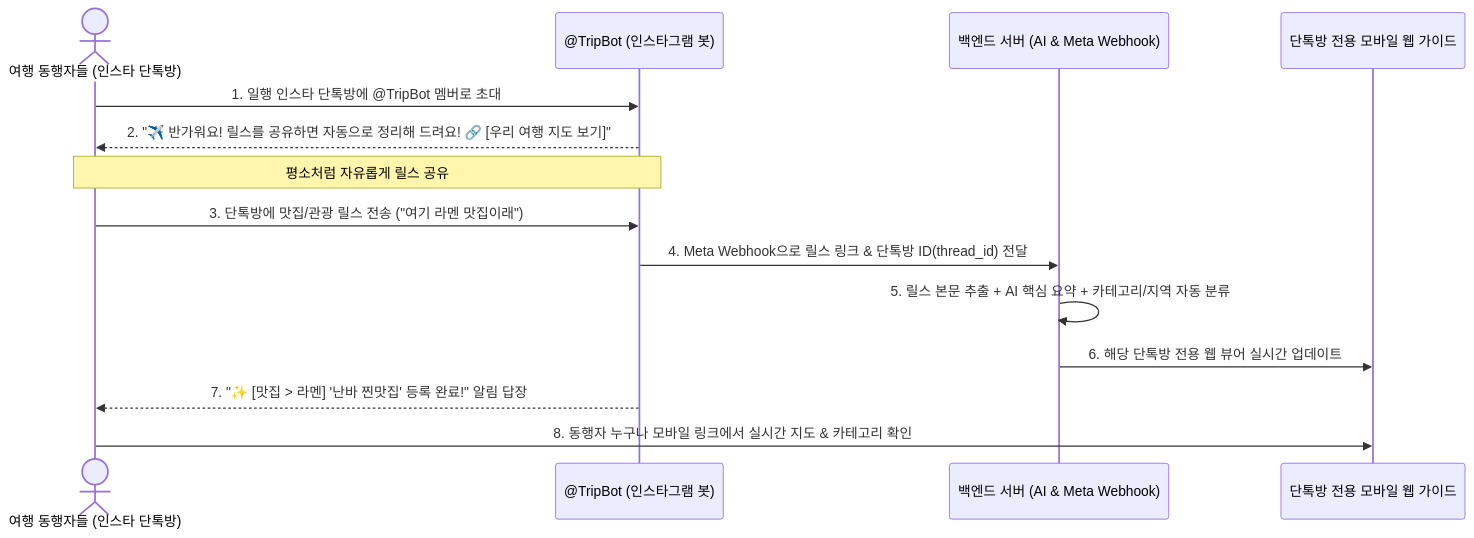
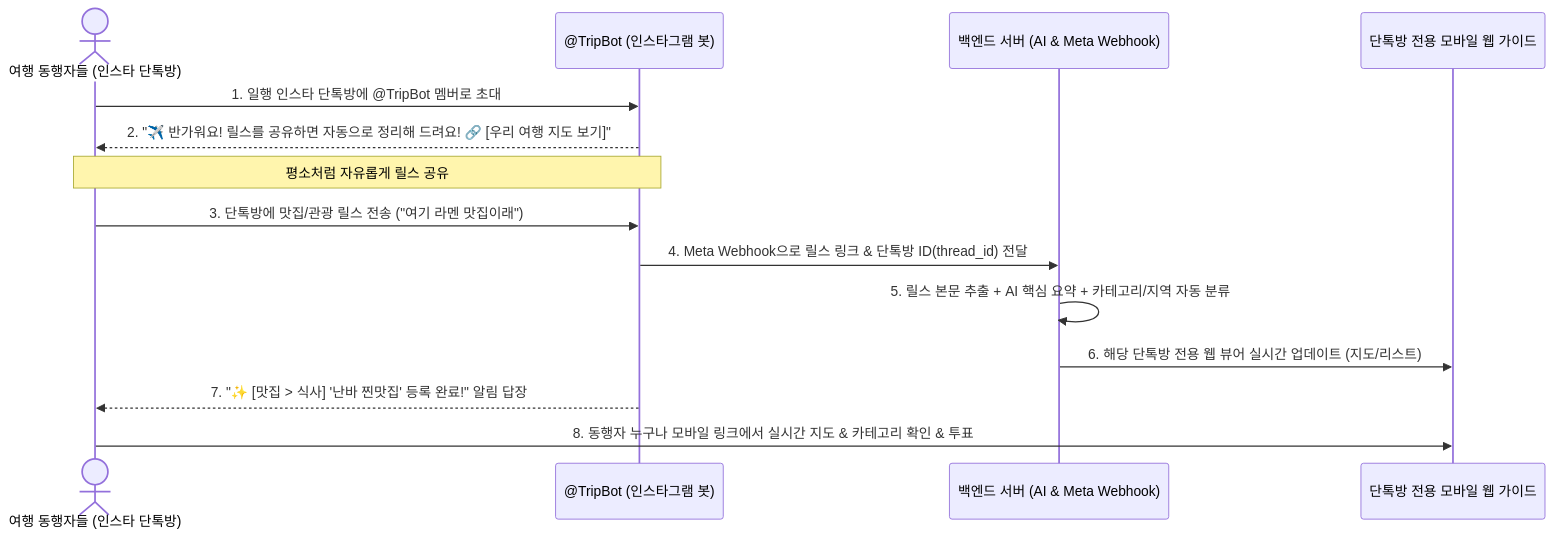
The diagram in SERVICE_PLAN.md (songhan55/osaka-reels-curator), drawn with Mermaid before and after one commit. The commit also changed other lines of this file and 4 other files, not shown here.

````diff
--- a/SERVICE_PLAN.md
+++ b/SERVICE_PLAN.md
@@ -24,17 +24,17 @@
 ```mermaid
 sequenceDiagram
     actor Group as 여행 동행자들 (인스타 단톡방)
     participant Bot as @TripBot (인스타그램 봇)
     participant Server as 백엔드 서버 (AI & Meta Webhook)
     participant Web as 단톡방 전용 모바일 웹 가이드
 
     Group->>Bot: 1. 일행 인스타 단톡방에 @TripBot 멤버로 초대
     Bot-->>Group: 2. "✈️ 반가워요! 릴스를 공유하면 자동으로 정리해 드려요! 🔗 [우리 여행 지도 보기]"
     Note over Group,Bot: 평소처럼 자유롭게 릴스 공유
     Group->>Bot: 3. 단톡방에 맛집/관광 릴스 전송 ("여기 라멘 맛집이래")
     Bot->>Server: 4. Meta Webhook으로 릴스 링크 & 단톡방 ID(thread_id) 전달
     Server->>Server: 5. 릴스 본문 추출 + AI 핵심 요약 + 카테고리/지역 자동 분류
-    Server->>Web: 6. 해당 단톡방 전용 웹 뷰어 실시간 업데이트
-    Bot-->>Group: 7. "✨ [맛집 > 라멘] '난바 찐맛집' 등록 완료!" 알림 답장
-    Group->>Web: 8. 동행자 누구나 모바일 링크에서 실시간 지도 & 카테고리 확인
+    Server->>Web: 6. 해당 단톡방 전용 웹 뷰어 실시간 업데이트 (지도/리스트)
+    Bot-->>Group: 7. "✨ [맛집 > 식사] '난바 찐맛집' 등록 완료!" 알림 답장
+    Group->>Web: 8. 동행자 누구나 모바일 링크에서 실시간 지도 & 카테고리 확인 & 투표
 ```
````
